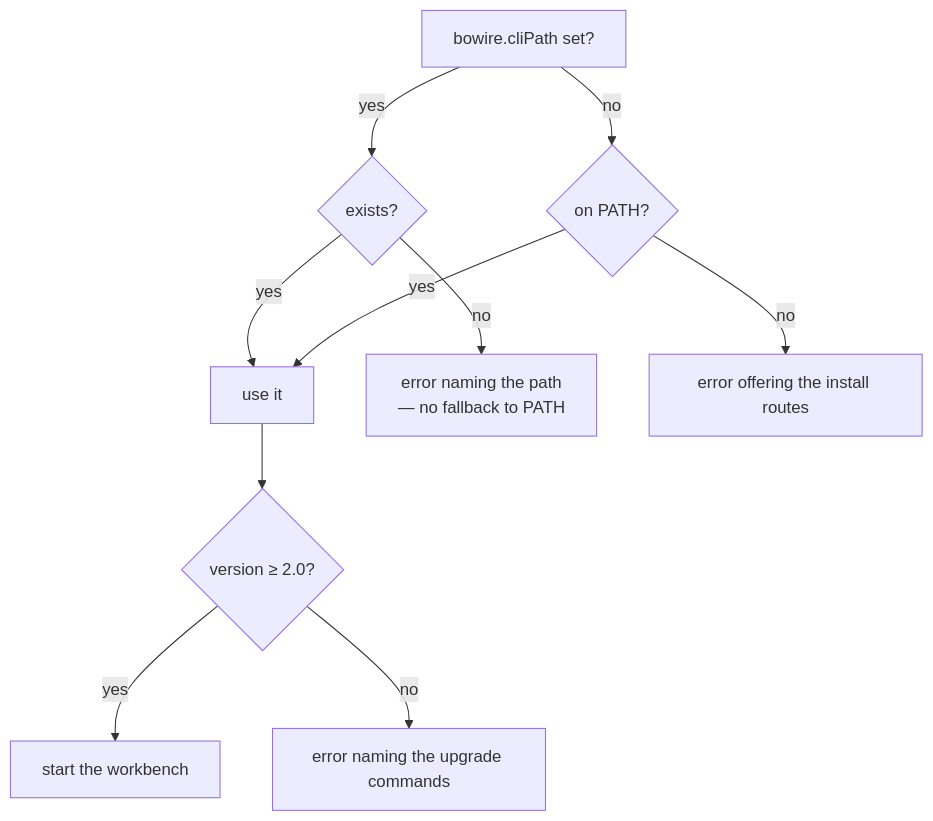
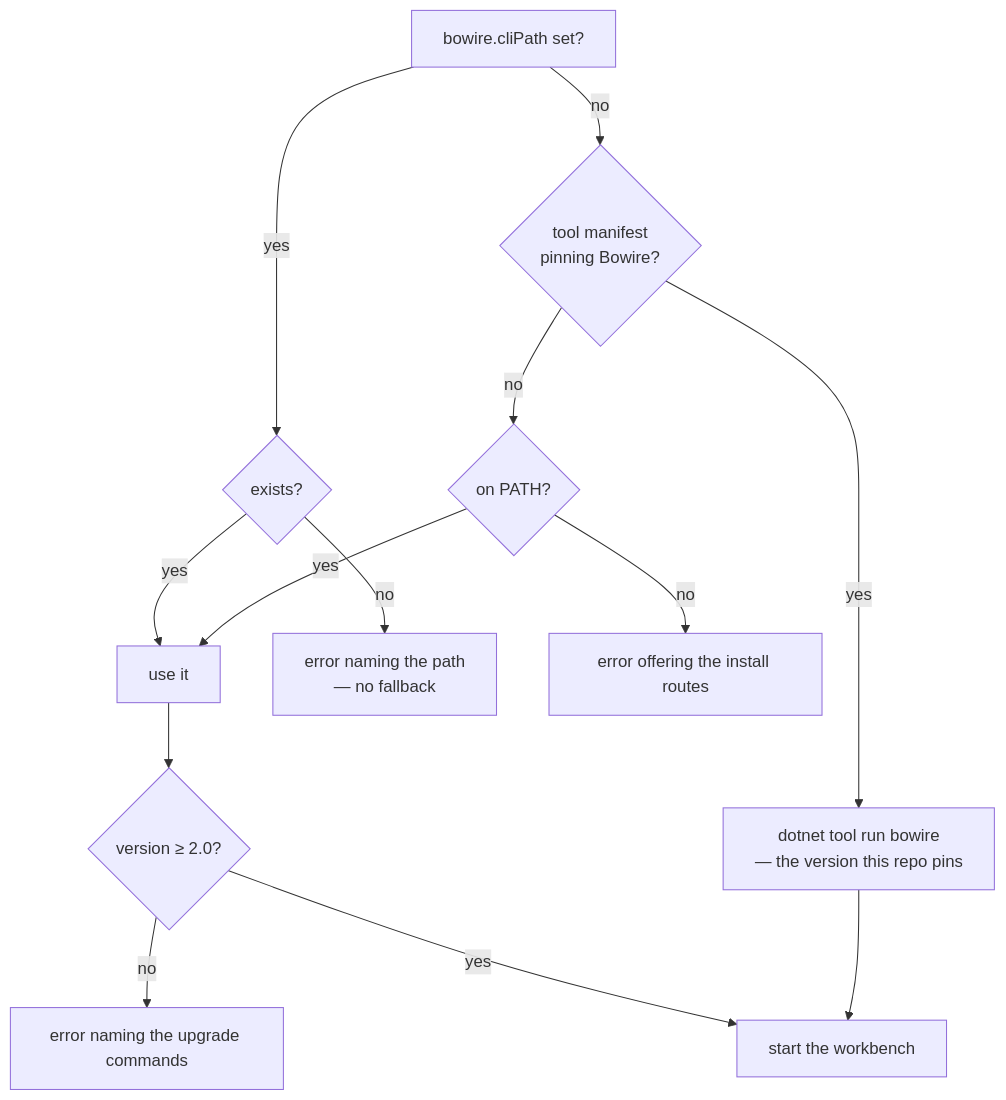
The diagram in extensions/bowire-vscode/README.md (Kuestenlogik/Bowire), drawn with Mermaid before and after one commit. The commit also changed other lines of this file and 4 other files, not shown here.

````diff
--- a/extensions/bowire-vscode/README.md
+++ b/extensions/bowire-vscode/README.md
@@ -23,12 +23,15 @@
 ```mermaid
 flowchart TD
     A["bowire.cliPath set?"] -->|yes| B{"exists?"}
     B -->|yes| USE["use it"]
-    B -->|no| ERR["error naming the path<br/>— no fallback to PATH"]
-    A -->|no| C{"on PATH?"}
+    B -->|no| ERR["error naming the path<br/>— no fallback"]
+    A -->|no| M{"tool manifest<br/>pinning Bowire?"}
+    M -->|yes| PIN["dotnet tool run bowire<br/>— the version this repo pins"]
+    M -->|no| C{"on PATH?"}
     C -->|yes| USE
     C -->|no| INSTALL["error offering the install routes"]
     USE --> V{"version ≥ 2.0?"}
     V -->|yes| RUN["start the workbench"]
     V -->|no| OLD["error naming the upgrade commands"]
+    PIN --> RUN
 ```
````
